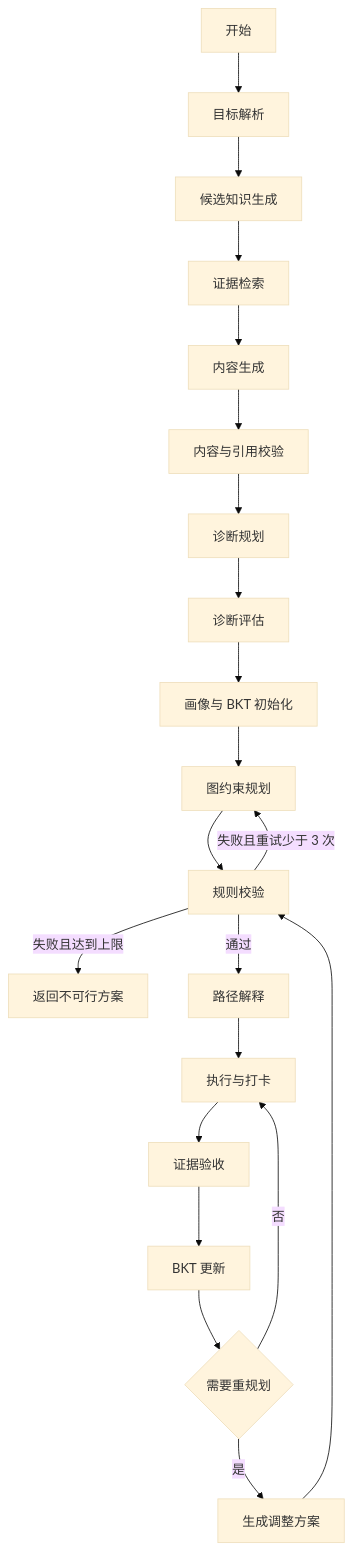
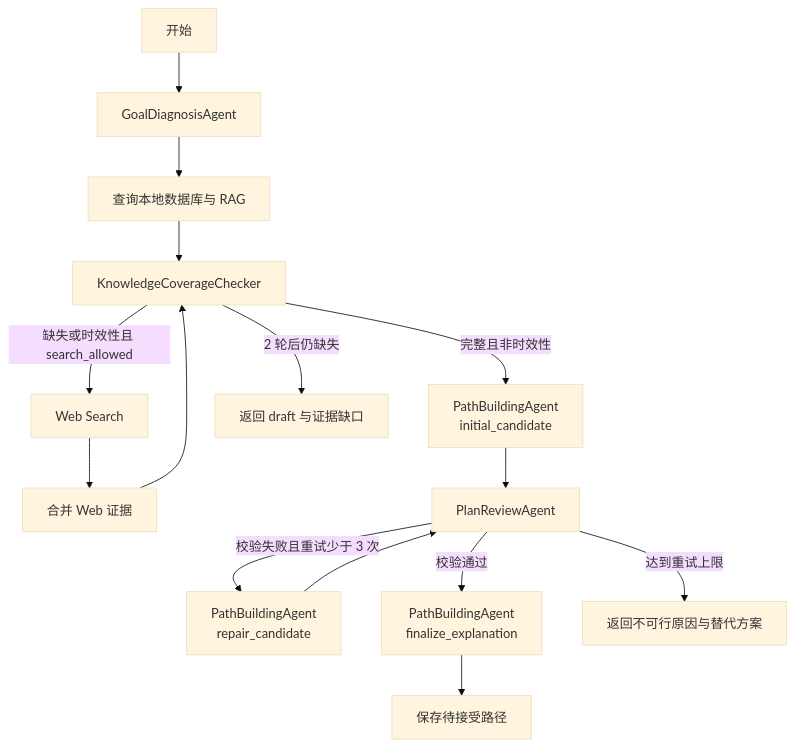
One commit to TIAN-lab300/my-github changed the third of 5 diagrams in docs/superpowers/specs/2026-09-30-smart-learning-planner-design.md. Above: the diagram before and after it, drawn with Mermaid (base theme). The commit also changed other lines of this file and 2 other files, not shown here.

````diff
--- a/docs/superpowers/specs/2026-09-30-smart-learning-planner-design.md
+++ b/docs/superpowers/specs/2026-09-30-smart-learning-planner-design.md
@@ -764,23 +953,17 @@
 ```mermaid
 flowchart TD
-    S[开始] --> A[目标解析]
-    A --> B[候选知识生成]
-    B --> C[证据检索]
-    C --> D[内容生成]
-    D --> E[内容与引用校验]
-    E --> F[诊断规划]
-    F --> G[诊断评估]
-    G --> H[画像与 BKT 初始化]
-    H --> I[图约束规划]
-    I --> J[规则校验]
-    J -->|失败且重试少于 3 次| I
-    J -->|失败且达到上限| K[返回不可行方案]
-    J -->|通过| L[路径解释]
-    L --> M[执行与打卡]
-    M --> N[证据验收]
-    N --> O[BKT 更新]
-    O --> P{需要重规划}
-    P -->|否| M
-    P -->|是| Q[生成调整方案]
-    Q --> J
+    S[开始] --> A[GoalDiagnosisAgent]
+    A --> B[查询本地数据库与 RAG]
+    B --> C[KnowledgeCoverageChecker]
+    C -->|完整且非时效性| D[PathBuildingAgent\ninitial_candidate]
+    C -->|缺失或时效性且 search_allowed| E[Web Search]
+    E --> F[合并 Web 证据]
+    F --> C
+    C -->|2 轮后仍缺失| G[返回 draft 与证据缺口]
+    D --> H[PlanReviewAgent]
+    H -->|校验失败且重试少于 3 次| I[PathBuildingAgent\nrepair_candidate]
+    I --> H
+    H -->|校验通过| J[PathBuildingAgent\nfinalize_explanation]
+    J --> K[保存待接受路径]
+    H -->|达到重试上限| L[返回不可行原因与替代方案]
 ```
````
